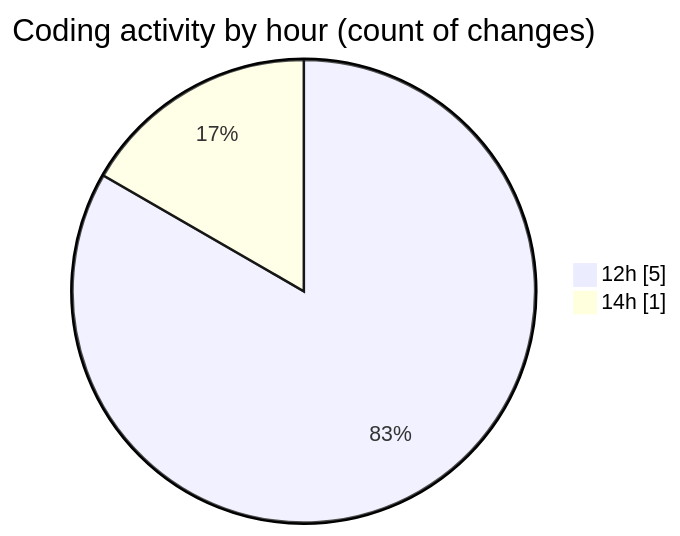
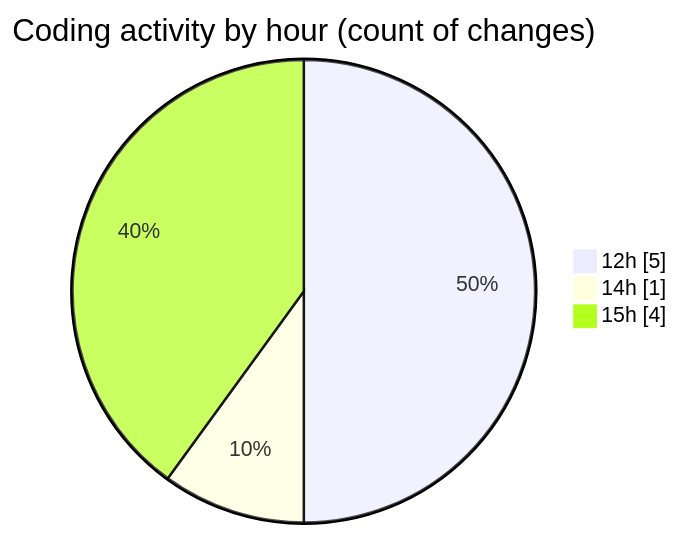
Before and after one commit to momahboobian/code-tracking: the second of 2 diagrams in 2026-07-12/downloads/README.md, drawn with Mermaid. The commit also changed other lines of this file and 1 other file, not shown here.

````diff
--- a/2026-07-12/downloads/README.md
+++ b/2026-07-12/downloads/README.md
@@ -28,6 +31,7 @@
 ```mermaid
 pie showData
 title Coding activity by hour (count of changes)
 "12h" : 5
 "14h" : 1
+"15h" : 4
 ```
````
